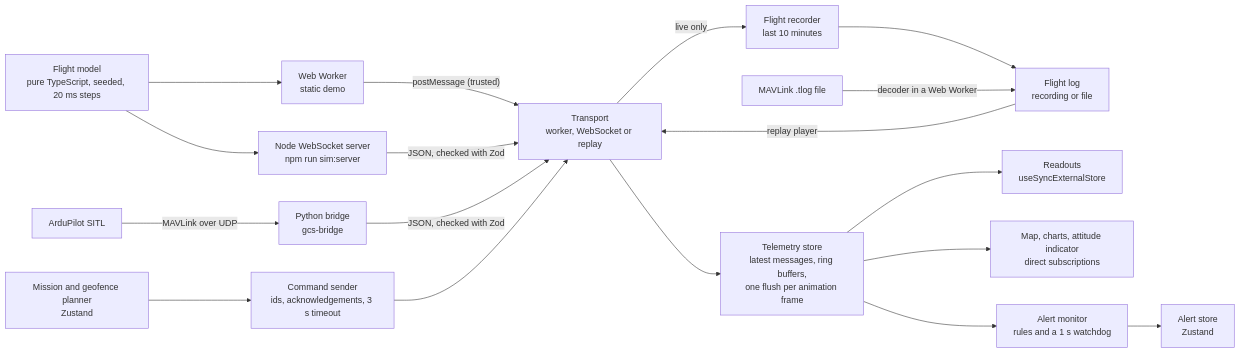
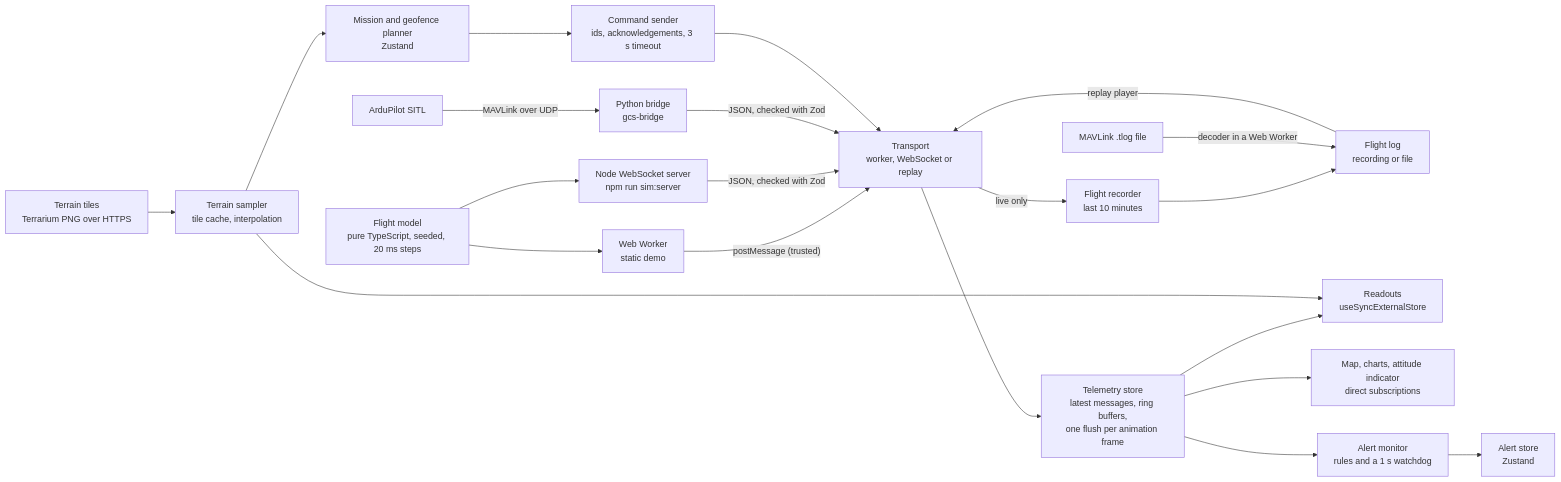
One commit to Nikita-Beliaiev/mini-gcs changed the first of 5 diagrams in docs/architecture.md. Above: the diagram before and after it, drawn with Mermaid. The commit also changed other lines of this file and 1 other file, not shown here.

First line of the commit message:
docs: describe terrain and coordinates and mark phase 8 done

````diff
--- a/docs/architecture.md
+++ b/docs/architecture.md
@@ -9,21 +9,24 @@
 ```mermaid
 flowchart LR
   model["Flight model<br/>pure TypeScript, seeded, 20 ms steps"]
   model --> worker["Web Worker<br/>static demo"]
   model --> server["Node WebSocket server<br/>npm run sim:server"]
   sitl["ArduPilot SITL"] -- "MAVLink over UDP" --> bridge["Python bridge<br/>gcs-bridge"]
   worker -- "postMessage (trusted)" --> transport["Transport<br/>worker, WebSocket or replay"]
   server -- "JSON, checked with Zod" --> transport
   bridge -- "JSON, checked with Zod" --> transport
   transport -- "live only" --> recorder["Flight recorder<br/>last 10 minutes"]
   recorder --> log["Flight log<br/>recording or file"]
   tlog["MAVLink .tlog file"] -- "decoder in a Web Worker" --> log
   log -- "replay player" --> transport
   transport --> telemetry["Telemetry store<br/>latest messages, ring buffers,<br/>one flush per animation frame"]
   telemetry --> readouts["Readouts<br/>useSyncExternalStore"]
   telemetry --> direct["Map, charts, attitude indicator<br/>direct subscriptions"]
   telemetry --> monitor["Alert monitor<br/>rules and a 1 s watchdog"]
   monitor --> alertStore["Alert store<br/>Zustand"]
   planner["Mission and geofence planner<br/>Zustand"] --> sender["Command sender<br/>ids, acknowledgements, 3 s timeout"]
   sender --> transport
+  tiles["Terrain tiles<br/>Terrarium PNG over HTTPS"] --> terrain["Terrain sampler<br/>tile cache, interpolation"]
+  terrain --> readouts
+  terrain --> planner
 ```
````
